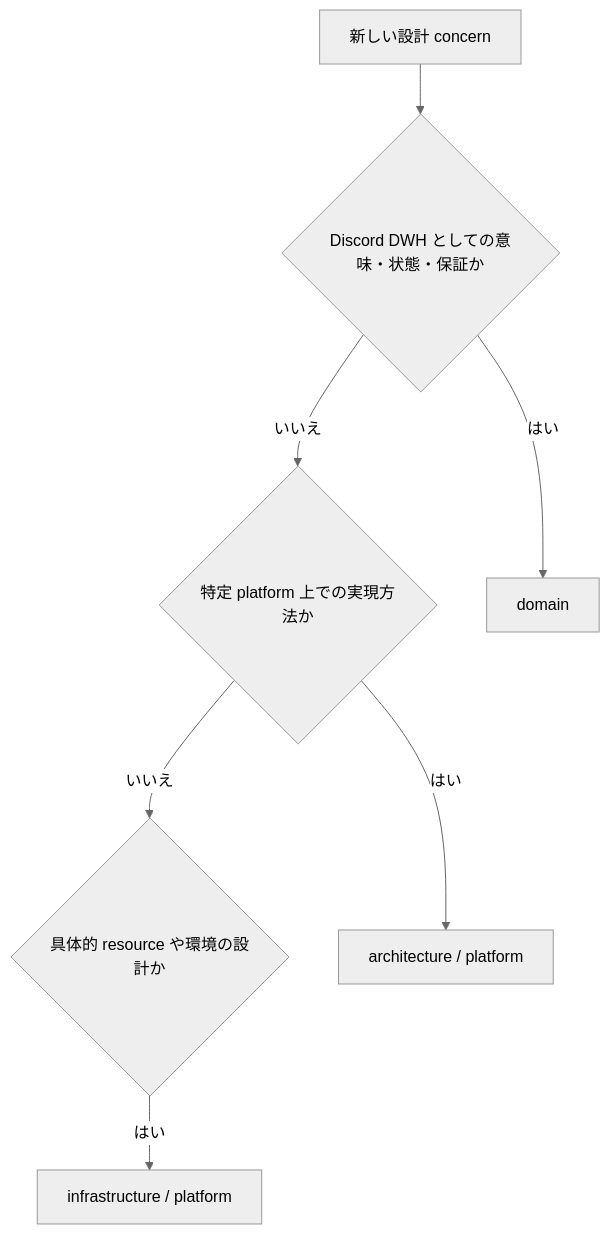
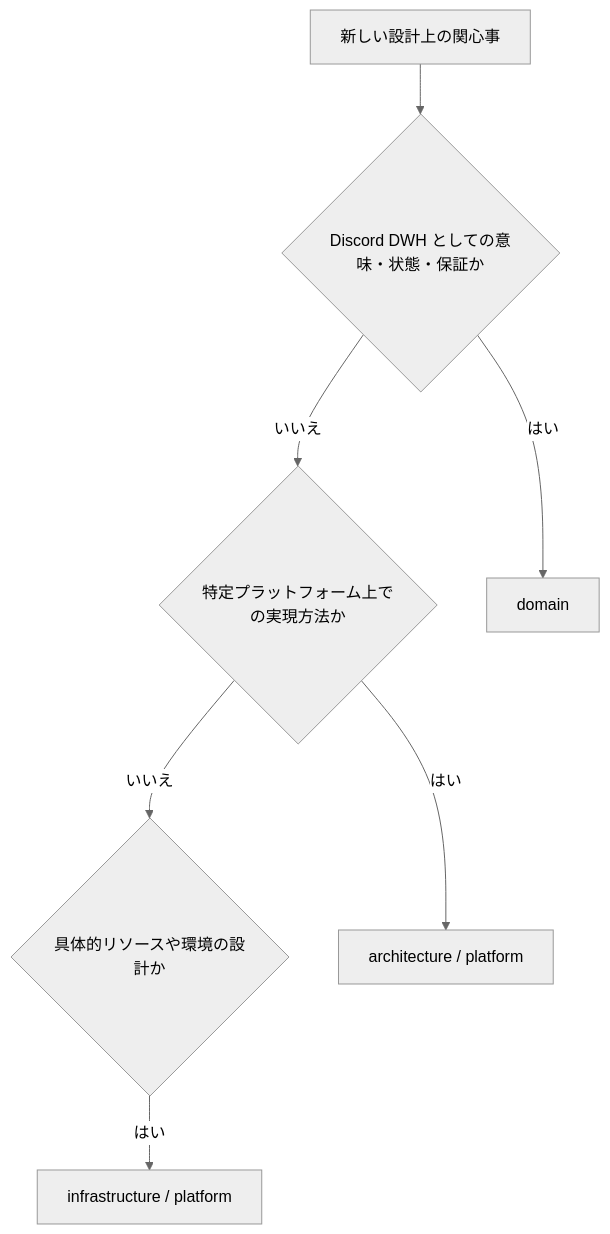
The third of 3 diagrams in docs/README.md (ojiverse/datawarehouse), drawn with Mermaid (neutral theme) before and after one commit. The commit also changed other lines of this file and 3 other files, not shown here.

````diff
--- a/docs/README.md
+++ b/docs/README.md
@@ -116,14 +116,14 @@
 ```mermaid
 flowchart TD
-    X[新しい設計 concern]
+    X[新しい設計上の関心事]
     D{Discord DWH としての意味・状態・保証か}
-    A{特定 platform 上での実現方法か}
-    I{具体的 resource や環境の設計か}
+    A{特定プラットフォーム上での実現方法か}
+    I{具体的リソースや環境の設計か}
 
     X --> D
     D -->|はい| Domain[domain]
     D -->|いいえ| A
     A -->|はい| Architecture[architecture / platform]
     A -->|いいえ| I
     I -->|はい| Infrastructure[infrastructure / platform]
 ```
````
